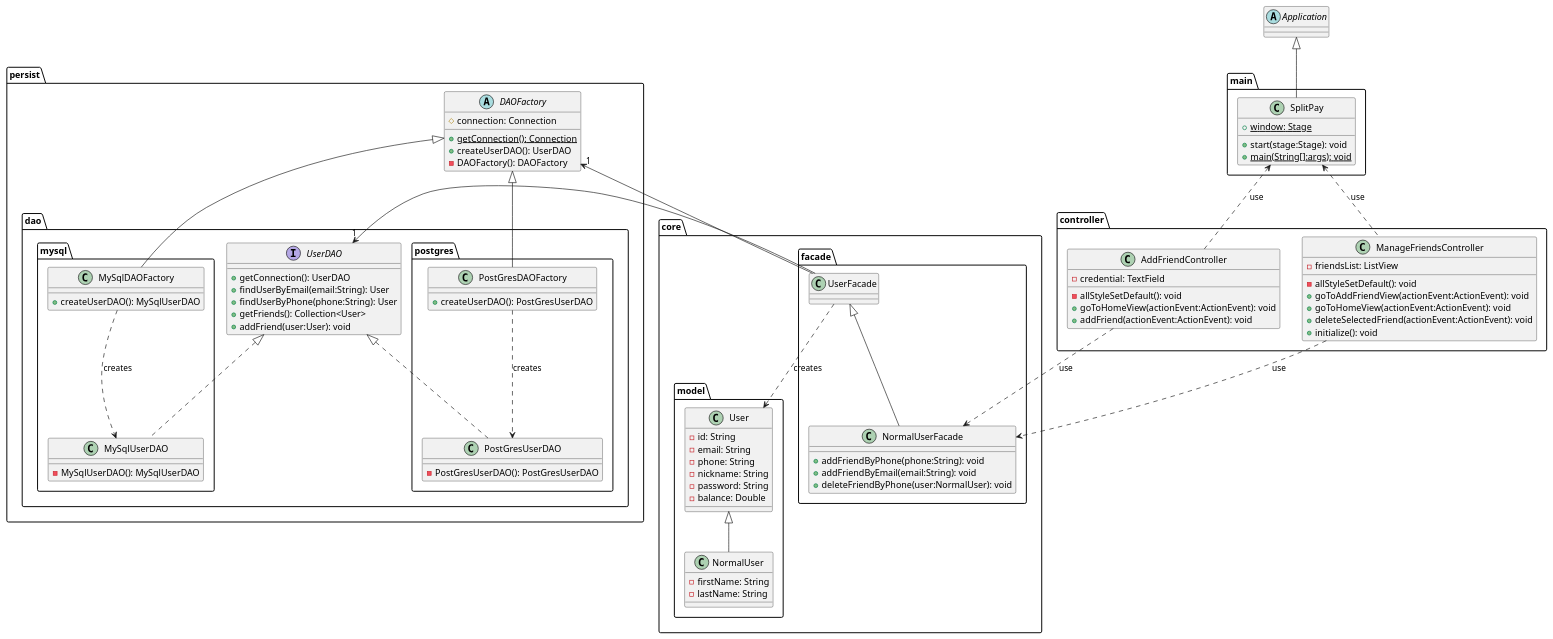
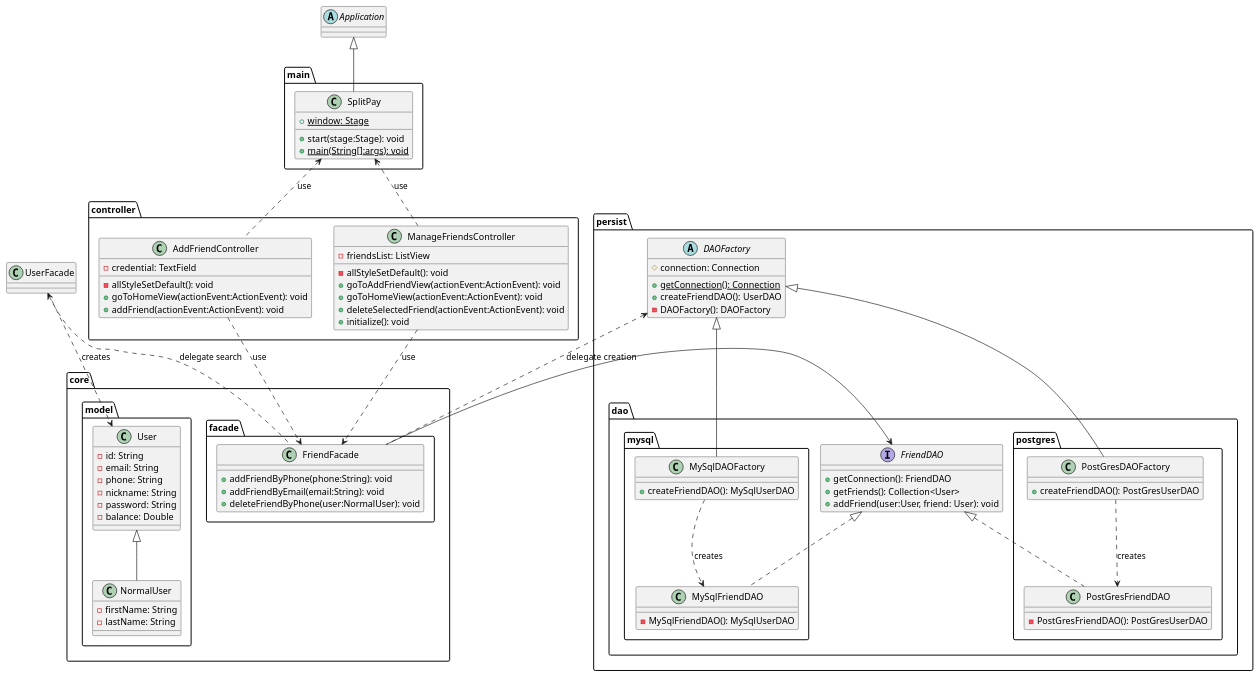
One commit to Julien-Wiegandt/SplitPay changed the diagram in documentation/software_design/manage_friends/manage_friends_class_diagram.puml. Above: the diagram before and after it, drawn with PlantUML. The commit also changed 15 other files, not shown here.

```diff
--- a/documentation/software_design/manage_friends/manage_friends_class_diagram.puml
+++ b/documentation/software_design/manage_friends/manage_friends_class_diagram.puml
@@ -1,105 +1,102 @@
 @startuml
 
 package controller{
     class ManageFriendsController{
         -friendsList: ListView
         -allStyleSetDefault(): void
         +goToAddFriendView(actionEvent:ActionEvent): void
         +goToHomeView(actionEvent:ActionEvent): void
         +deleteSelectedFriend(actionEvent:ActionEvent): void
         +initialize(): void
     }
     class AddFriendController{
         -credential: TextField
         -allStyleSetDefault(): void
         +goToHomeView(actionEvent:ActionEvent): void
         +addFriend(actionEvent:ActionEvent): void
     }
 }
 
 abstract class Application
 package main{
     class SplitPay{
         {static} +window: Stage
         +start(stage:Stage): void
         {static} +main(String[]:args): void
     }
 }
 
 package core{
     package facade{
-        class UserFacade{
-        }
-        class NormalUserFacade{
+
+        class FriendFacade{
             +addFriendByPhone(phone:String): void
             +addFriendByEmail(email:String): void
             +deleteFriendByPhone(user:NormalUser): void
         }
     }
     package model{
             class User{
                 -id: String
                 -email: String
                 -phone: String
                 -nickname: String
                 -password: String
                 -balance: Double
             }
             class NormalUser{
                 -firstName: String
                 -lastName: String
             }
         }
 }
 
 package persist{
     abstract class DAOFactory{
         #connection: Connection
         {static} +getConnection(): Connection
-        +createUserDAO(): UserDAO
+        +createFriendDAO(): UserDAO
         -DAOFactory(): DAOFactory
     }
     package dao{
         package mysql{
-            class MySqlUserDAO{
-                -MySqlUserDAO(): MySqlUserDAO
+            class MySqlFriendDAO{
+                -MySqlFriendDAO(): MySqlUserDAO
             }
             class MySqlDAOFactory{
-                +createUserDAO(): MySqlUserDAO
+                +createFriendDAO(): MySqlUserDAO
             }
         }
-        interface UserDAO{
-            +getConnection(): UserDAO
-            +findUserByEmail(email:String): User
-            +findUserByPhone(phone:String): User
+        interface FriendDAO{
+            +getConnection(): FriendDAO
             +getFriends(): Collection<User>
-            +addFriend(user:User): void
+            +addFriend(user:User, friend: User): void
         }
         package postgres{
-            class PostGresUserDAO{
-                -PostGresUserDAO(): PostGresUserDAO
+            class PostGresFriendDAO{
+                -PostGresFriendDAO(): PostGresUserDAO
             }
             class PostGresDAOFactory{
-                +createUserDAO(): PostGresUserDAO
+                +createFriendDAO(): PostGresUserDAO
             }
         }
     }
 }
 
 ManageFriendsController .up.> SplitPay : use
 AddFriendController .up.> SplitPay : use
-ManageFriendsController ..> NormalUserFacade : use
-AddFriendController .right.> NormalUserFacade : use
+ManageFriendsController ..> FriendFacade : use
+AddFriendController .right.> FriendFacade : use
 UserFacade ..> User : creates
 User <|-- NormalUser
-UserDAO <|.. MySqlUserDAO
-UserDAO <|.. PostGresUserDAO
+FriendDAO <|.. MySqlFriendDAO
+FriendDAO <|.. PostGresFriendDAO
 DAOFactory <|-down- MySqlDAOFactory
 DAOFactory <|-down- PostGresDAOFactory
-MySqlDAOFactory .down.> MySqlUserDAO : creates
-PostGresDAOFactory .down.> PostGresUserDAO : creates
-UserFacade -up> "1" DAOFactory
-UserFacade -up> "1" UserDAO
-UserFacade <|-- NormalUserFacade
+MySqlDAOFactory .down.> MySqlFriendDAO : creates
+PostGresDAOFactory .down.> PostGresFriendDAO : creates
+FriendFacade .up> DAOFactory : delegate  creation
+FriendFacade .up> UserFacade : delegate search
+FriendFacade -> FriendDAO
 Application <|-- SplitPay
 @enduml
```
